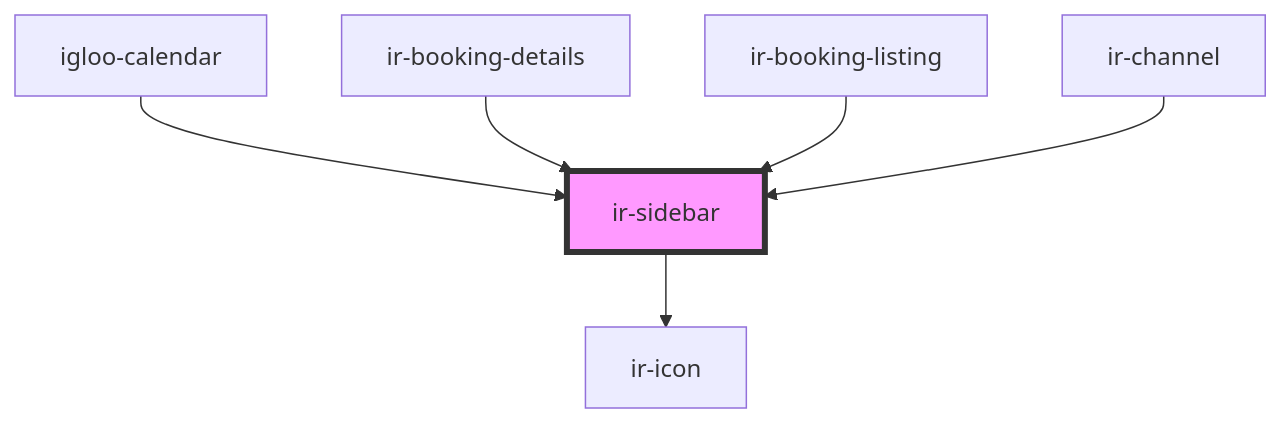
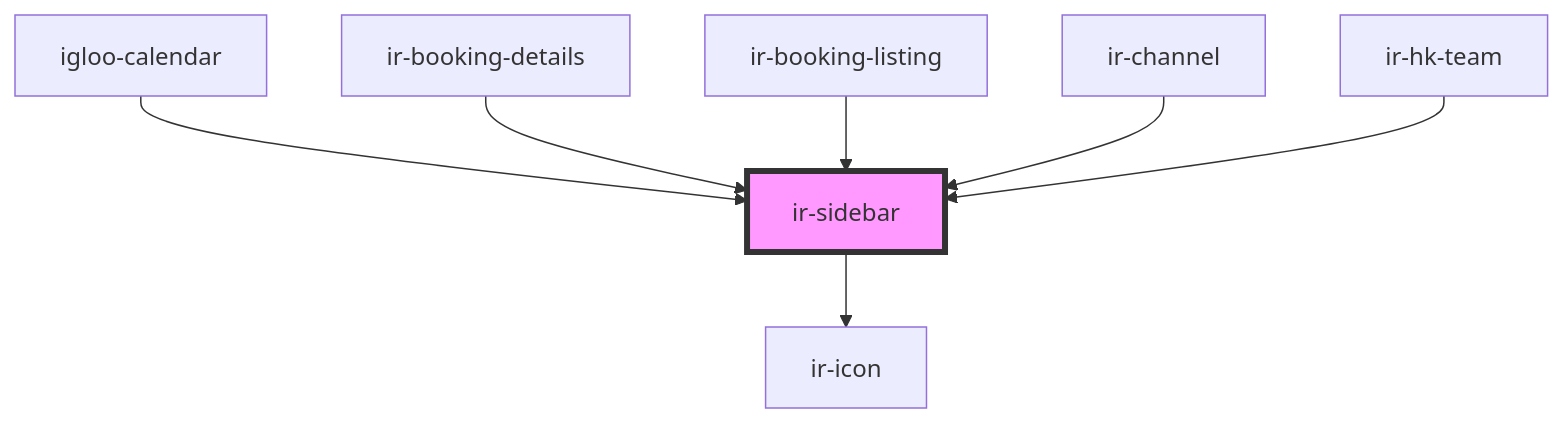
Before and after one commit to David1Chowaifaty/modified-ir-webcmp: the diagram in src/components/ir-sidebar/readme.md, drawn with Mermaid. The commit also changed other lines of this file and 19 other files, not shown here.

````diff
--- a/src/components/ir-sidebar/readme.md
+++ b/src/components/ir-sidebar/readme.md
@@ -53,9 +54,10 @@
 ```mermaid
 graph TD;
   ir-sidebar --> ir-icon
   igloo-calendar --> ir-sidebar
   ir-booking-details --> ir-sidebar
   ir-booking-listing --> ir-sidebar
   ir-channel --> ir-sidebar
+  ir-hk-team --> ir-sidebar
   style ir-sidebar fill:#f9f,stroke:#333,stroke-width:4px
 ```
````
